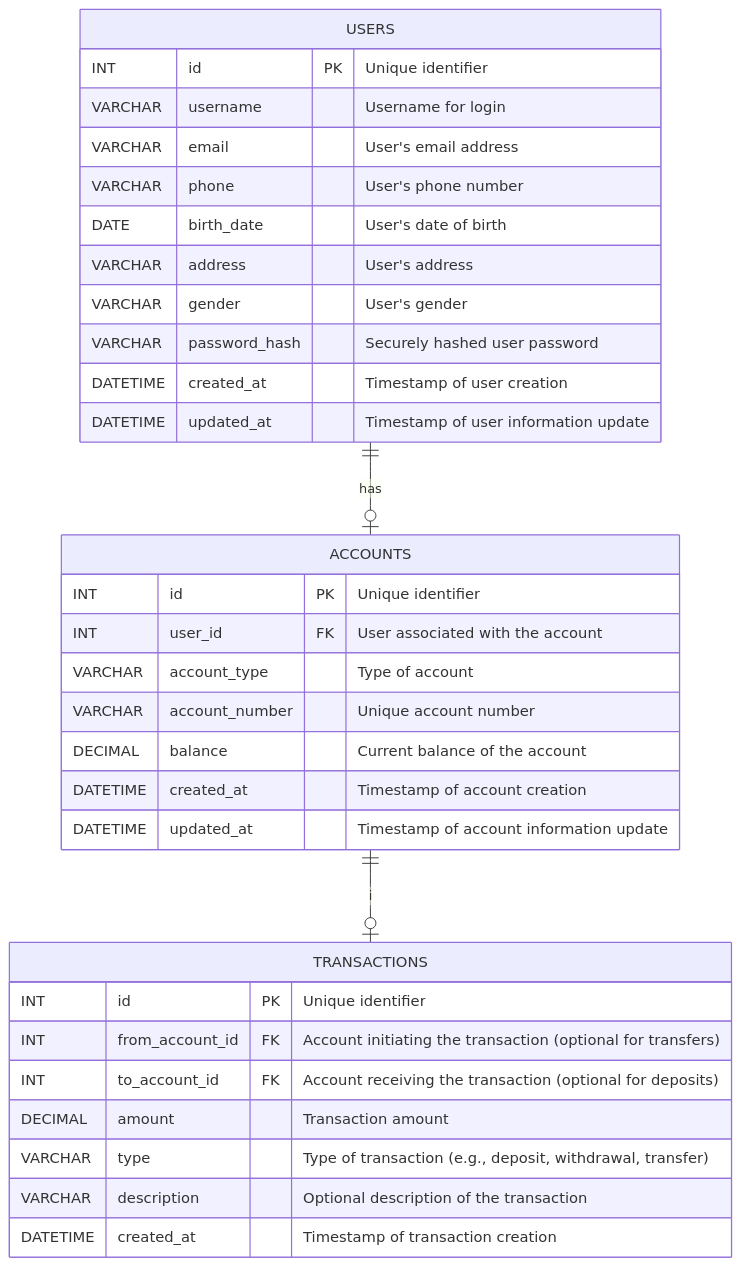
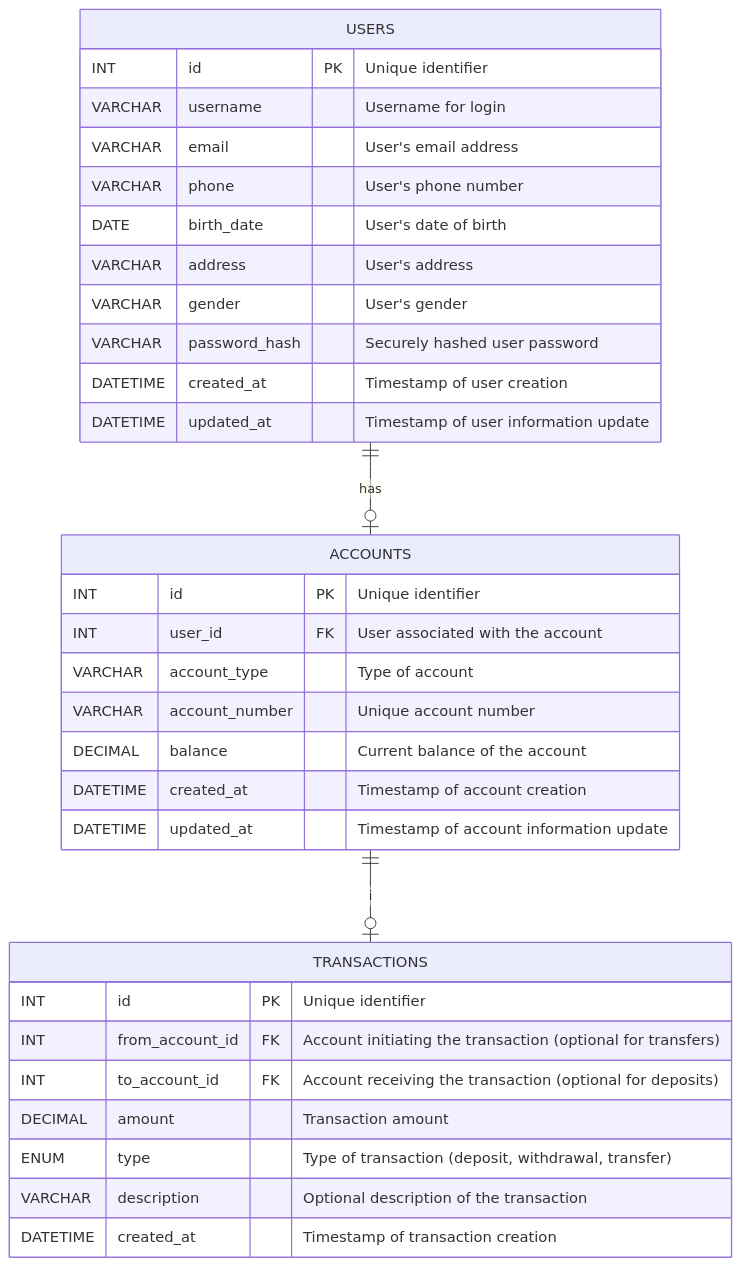
The second of 2 diagrams in README.md (ferianai/sql-basic), drawn with Mermaid before and after one commit.

````diff
--- a/README.md
+++ b/README.md
@@ -109,38 +109,38 @@
 ```mermaid
 erDiagram
     USERS {
         INT id PK "Unique identifier"
         VARCHAR username "Username for login"
         VARCHAR email "User's email address"
         VARCHAR phone "User's phone number"
         DATE birth_date "User's date of birth"
         VARCHAR address "User's address"
         VARCHAR gender "User's gender"
         VARCHAR password_hash "Securely hashed user password"
         DATETIME created_at "Timestamp of user creation"
         DATETIME updated_at "Timestamp of user information update"
     }
 
     ACCOUNTS {
         INT id PK "Unique identifier"
         INT user_id FK "User associated with the account"
         VARCHAR account_type "Type of account"
         VARCHAR account_number "Unique account number"
         DECIMAL balance "Current balance of the account"
         DATETIME created_at "Timestamp of account creation"
         DATETIME updated_at "Timestamp of account information update"
     }
 
     TRANSACTIONS {
         INT id PK "Unique identifier"
         INT from_account_id FK "Account initiating the transaction (optional for transfers)"
         INT to_account_id FK "Account receiving the transaction (optional for deposits)"
         DECIMAL amount "Transaction amount"
-        VARCHAR type "Type of transaction (e.g., deposit, withdrawal, transfer)"
+        ENUM type "Type of transaction (deposit, withdrawal, transfer)"
         VARCHAR description "Optional description of the transaction"
         DATETIME created_at "Timestamp of transaction creation"
     }
 
     USERS ||--o| ACCOUNTS : has
     ACCOUNTS ||--o| TRANSACTIONS : i
 ```
````
